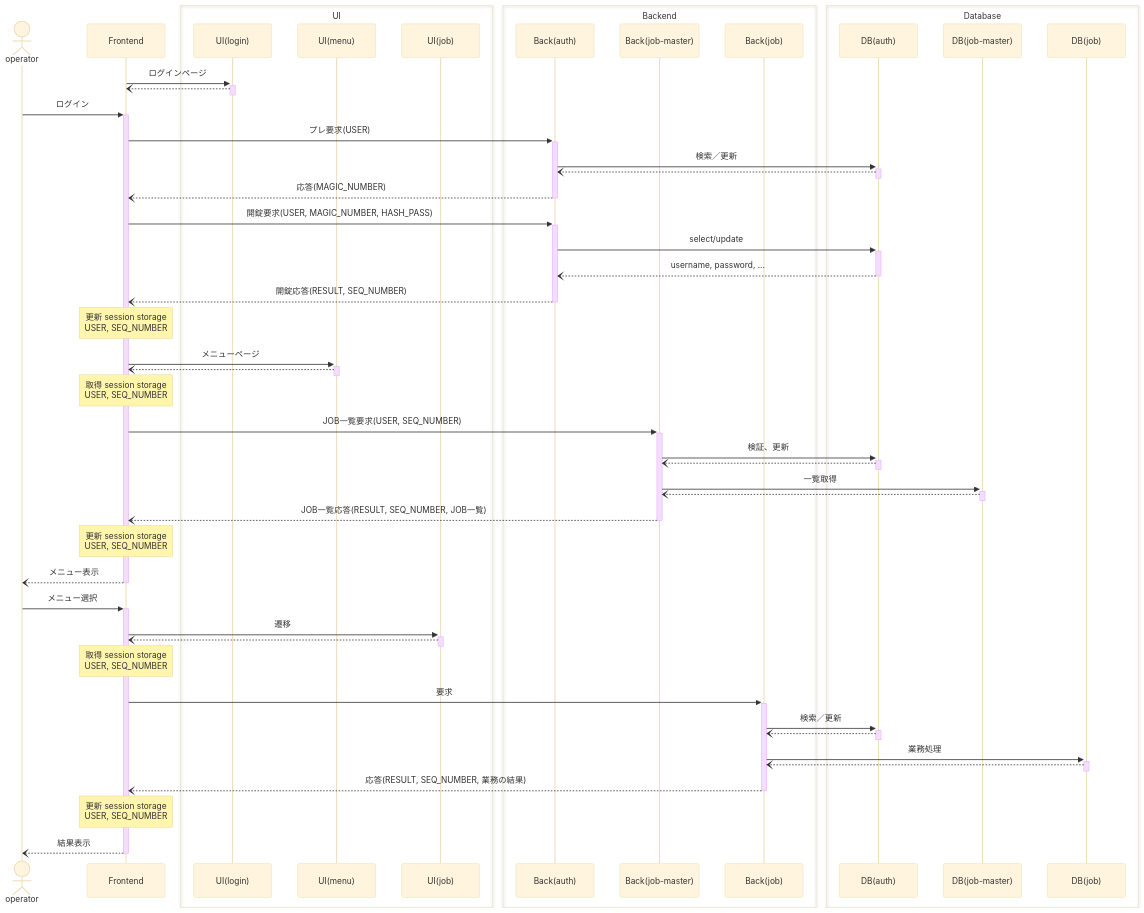
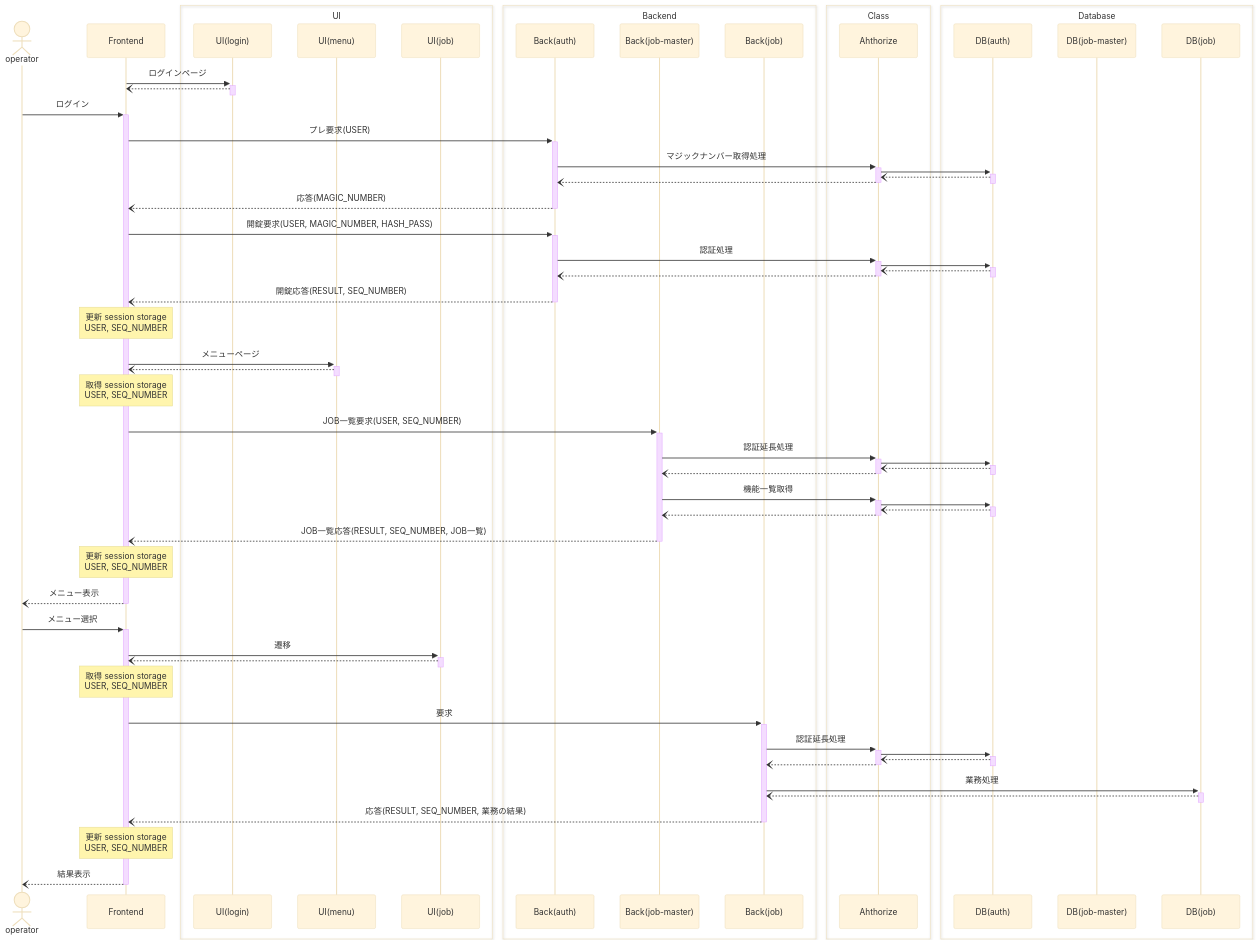
One commit to u1tym/specifications changed the diagram in 01_authentication.md. Above: the diagram before and after it, drawn with Mermaid (base theme). The commit also changed 1 other file, not shown here.

Commit message:
修正

````diff
--- a/01_authentication.md
+++ b/01_authentication.md
@@ -1,64 +1,78 @@
 ```mermaid
 sequenceDiagram
   actor HM as operator
   participant FR as Frontend
 
   box UI
     participant LG as UI(login)
     participant MN as UI(menu)
     participant JB as UI(job)
   end
 
   box Backend
     participant BA as Back(auth)
     participant BM as Back(job-master)
     participant BJ as Back(job)
   end
 
+  box Class
+    participant CA as Ahthorize
+  end
+
   box Database
     participant DA as DB(auth)
     participant DM as DB(job-master)
     participant DJ as DB(job)
   end
 
   FR ->>+ LG: ログインページ
   LG --)- FR:
 
   HM ->>+ FR: ログイン
   FR ->>+ BA: プレ要求(USER)
-  BA ->>+ DA: 検索／更新
-  DA --)- BA:
+  BA ->>+ CA: マジックナンバー取得処理
+  CA ->>+ DA:
+  DA --)- CA:
+  CA --)- BA:
   BA --)- FR: 応答(MAGIC_NUMBER)
 
   FR ->>+ BA: 開錠要求(USER, MAGIC_NUMBER, HASH_PASS)
-  BA ->>+ DA: select/update
-  DA --)- BA: username, password, ...
+  BA ->>+ CA: 認証処理
+  CA ->>+ DA:
+  DA --)- CA:
+  CA --)- BA:
   BA --)- FR: 開錠応答(RESULT, SEQ_NUMBER)
   note over FR: 更新 session storage<br>USER, SEQ_NUMBER
 
   FR ->>+ MN: メニューページ
   MN --)- FR:
   note over FR: 取得 session storage<br>USER, SEQ_NUMBER
   FR ->>+ BM: JOB一覧要求(USER, SEQ_NUMBER)
-  BM ->>+ DA: 検証、更新
-  DA --)- BM:
-  BM ->>+ DM: 一覧取得
-  DM --)- BM:
+  BM ->>+ CA: 認証延長処理
+  CA ->>+ DA:
+  DA --)- CA:
+  CA --)- BM:
+  BM ->>+ CA: 機能一覧取得
+  CA ->>+ DA:
+  DA --)- CA:
+  CA --)- BM:
   BM --)- FR: JOB一覧応答(RESULT, SEQ_NUMBER, JOB一覧)
   note over FR: 更新 session storage<br>USER, SEQ_NUMBER
   FR --)- HM: メニュー表示
 
   HM ->>+ FR: メニュー選択
   FR ->>+ JB: 遷移
   JB --)- FR:
   note over FR: 取得 session storage<br>USER, SEQ_NUMBER
   FR ->>+ BJ: 要求
-  BJ ->>+ DA: 検索／更新
-  DA --)- BJ:
+  BJ ->>+ CA: 認証延長処理
+  CA ->>+ DA:
+  DA --)- CA:
+  CA --)- BJ:
   BJ ->>+ DJ: 業務処理
   DJ --)- BJ:
   BJ --)- FR: 応答(RESULT, SEQ_NUMBER, 業務の結果)
   note over FR: 更新 session storage<br>USER, SEQ_NUMBER
   FR --)- HM: 結果表示
 
 ```
````
